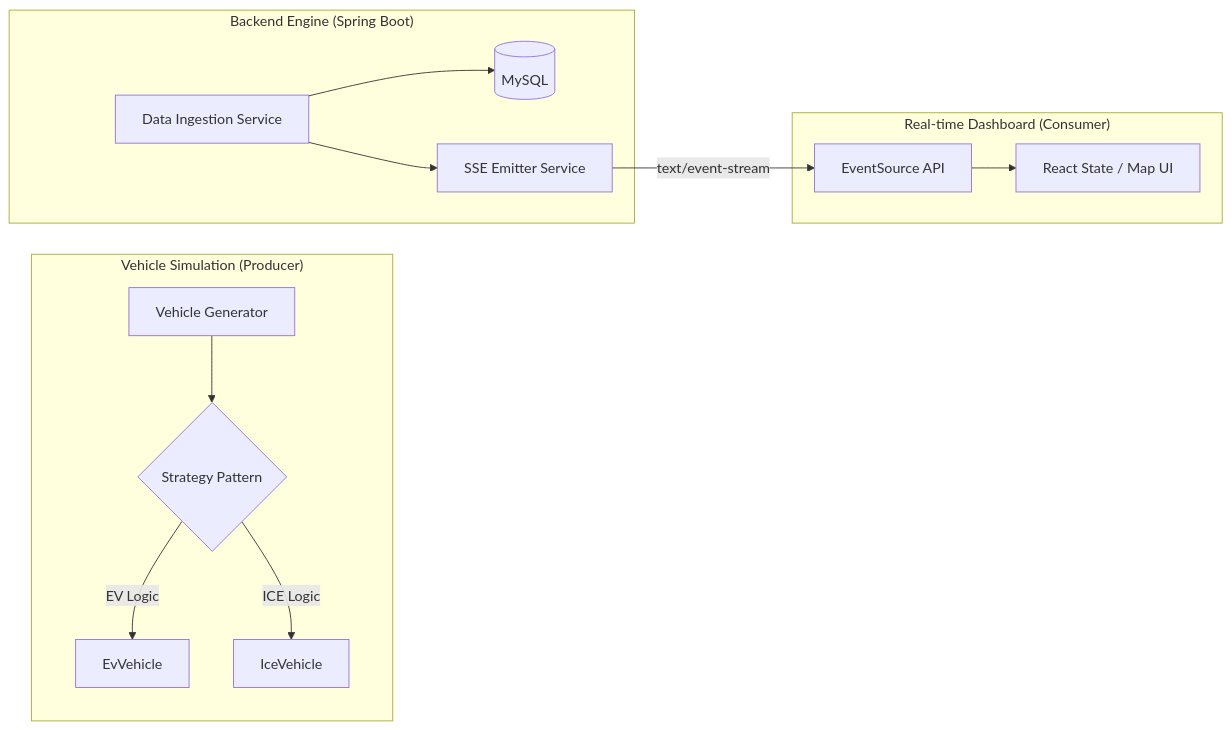
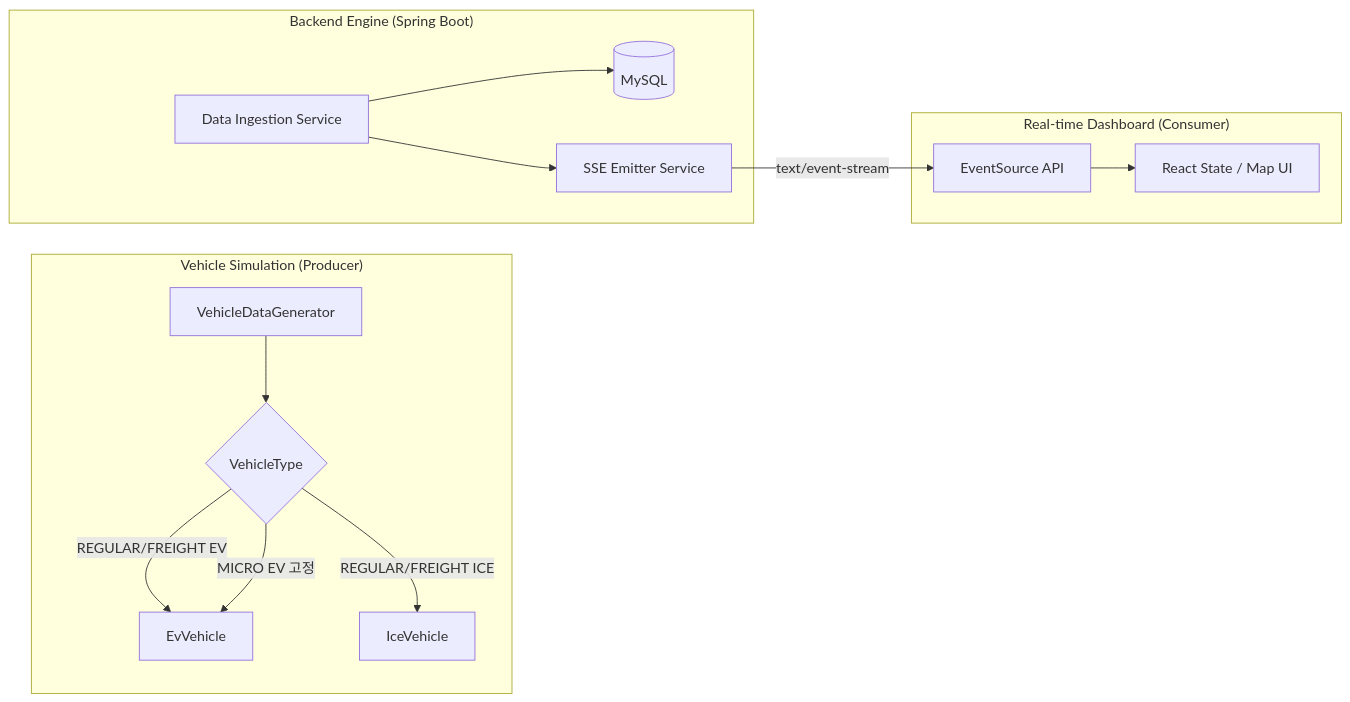
Before and after one commit to withoutwax/Mobi-Demo: the first of 2 diagrams in docs/ARCHITECTURE.md, drawn with Mermaid. The commit also changed other lines of this file and 3 other files, not shown here.

````diff
--- a/docs/ARCHITECTURE.md
+++ b/docs/ARCHITECTURE.md
@@ -9,18 +9,19 @@
 ```mermaid
 graph LR
     subgraph "Vehicle Simulation (Producer)"
-        A[Vehicle Generator] --> B{Strategy Pattern}
-        B -->|EV Logic| C[EvVehicle]
-        B -->|ICE Logic| D[IceVehicle]
+        A[VehicleDataGenerator] --> B{VehicleType}
+        B -->|REGULAR/FREIGHT EV| C[EvVehicle]
+        B -->|REGULAR/FREIGHT ICE| D[IceVehicle]
+        B -->|MICRO EV 고정| C
     end
 
     subgraph "Backend Engine (Spring Boot)"
         E[Data Ingestion Service] --> F[(MySQL)]
         E --> G[SSE Emitter Service]
     end
 
     subgraph "Real-time Dashboard (Consumer)"
         G -->|text/event-stream| H[EventSource API]
         H --> I[React State / Map UI]
     end
 ```
````
